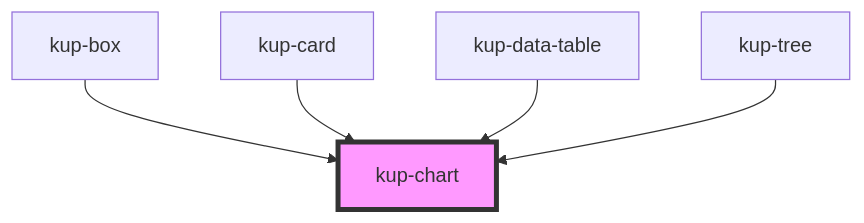
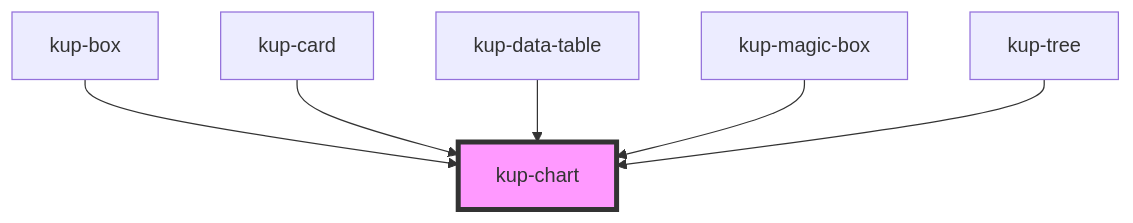
Before and after one commit to smeup/ketchup: the diagram in packages/ketchup/src/components/kup-chart/readme.md, drawn with Mermaid. The commit also changed other lines of this file and 7 other files, not shown here.

````diff
--- a/packages/ketchup/src/components/kup-chart/readme.md
+++ b/packages/ketchup/src/components/kup-chart/readme.md
@@ -82,8 +83,9 @@
 ```mermaid
 graph TD;
   kup-box --> kup-chart
   kup-card --> kup-chart
   kup-data-table --> kup-chart
+  kup-magic-box --> kup-chart
   kup-tree --> kup-chart
   style kup-chart fill:#f9f,stroke:#333,stroke-width:4px
 ```
````
